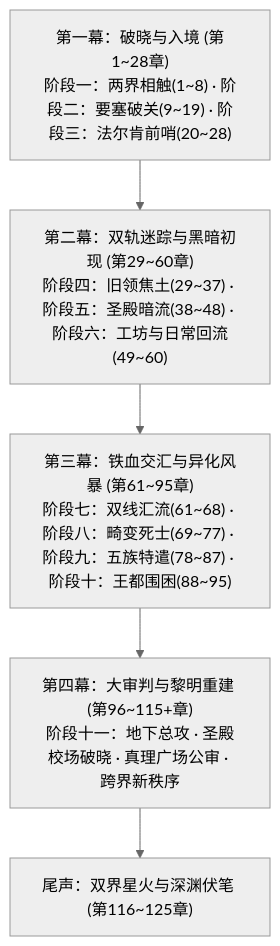
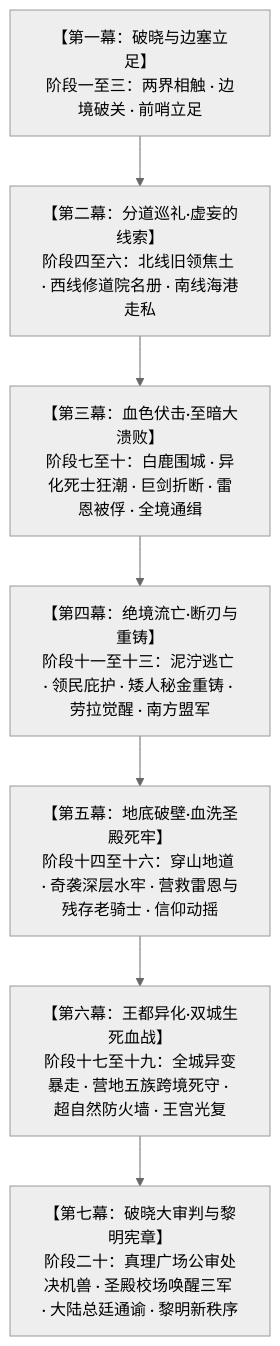
The diagram in 方案/第二部/写作指导/第二部章节规划与扩写方案.md (soranokiseki1437/eldoria-worldbook), drawn with Mermaid (neutral theme) before and after one commit. The commit also changed other lines of this file and 8 other files, not shown here.

````diff
--- a/方案/第二部/写作指导/第二部章节规划与扩写方案.md
+++ b/方案/第二部/写作指导/第二部章节规划与扩写方案.md
@@ -16,10 +16,12 @@
 ```mermaid
 graph TD
-    M1["第一幕：破晓与入境 (第1~28章)<br/>阶段一：两界相触(1~8) · 阶段二：要塞破关(9~19) · 阶段三：法尔肯前哨(20~28)"]
-    M2["第二幕：双轨迷踪与黑暗初现 (第29~60章)<br/>阶段四：旧领焦土(29~37) · 阶段五：圣殿暗流(38~48) · 阶段六：工坊与日常回流(49~60)"]
-    M3["第三幕：铁血交汇与异化风暴 (第61~95章)<br/>阶段七：双线汇流(61~68) · 阶段八：畸变死士(69~77) · 阶段九：五族特遣(78~87) · 阶段十：王都围困(88~95)"]
-    M4["第四幕：大审判与黎明重建 (第96~115+章)<br/>阶段十一：地下总攻 · 圣殿校场破晓 · 真理广场公审 · 跨界新秩序"]
-    M5["尾声：双界星火与深渊伏笔 (第116~125章)"]
+    M1["【第一幕：破晓与边塞立足】<br/>阶段一至三：两界相触 · 边境破关 · 前哨立足"]
+    M2["【第二幕：分道巡礼·虚妄的线索】<br/>阶段四至六：北线旧领焦土 · 西线修道院名册 · 南线海港走私"]
+    M3["【第三幕：血色伏击·至暗大溃败】<br/>阶段七至十：白鹿围城 · 异化死士狂潮 · 巨剑折断 · 雷恩被俘 · 全境通缉"]
+    M4["【第四幕：绝境流亡·断刃与重铸】<br/>阶段十一至十三：泥泞逃亡 · 领民庇护 · 矮人秘金重铸 · 劳拉觉醒 · 南方盟军"]
+    M5["【第五幕：地底破壁·血洗圣殿死牢】<br/>阶段十四至十六：穿山地道 · 奇袭深层水牢 · 营救雷恩与残存老骑士 · 信仰动摇"]
+    M6["【第六幕：王都异化·双城生死血战】<br/>阶段十七至十九：全城异变暴走 · 营地五族跨境死守 · 超自然防火墙 · 王宫光复"]
+    M7["【第七幕：破晓大审判与黎明宪章】<br/>阶段二十：真理广场公审处决机兽 · 圣殿校场唤醒三军 · 大陆总廷通谕 · 黎明新秩序"]
 
-    M1 --> M2 --> M3 --> M4 --> M5
+    M1 --> M2 --> M3 --> M4 --> M5 --> M6 --> M7
 ```
````
